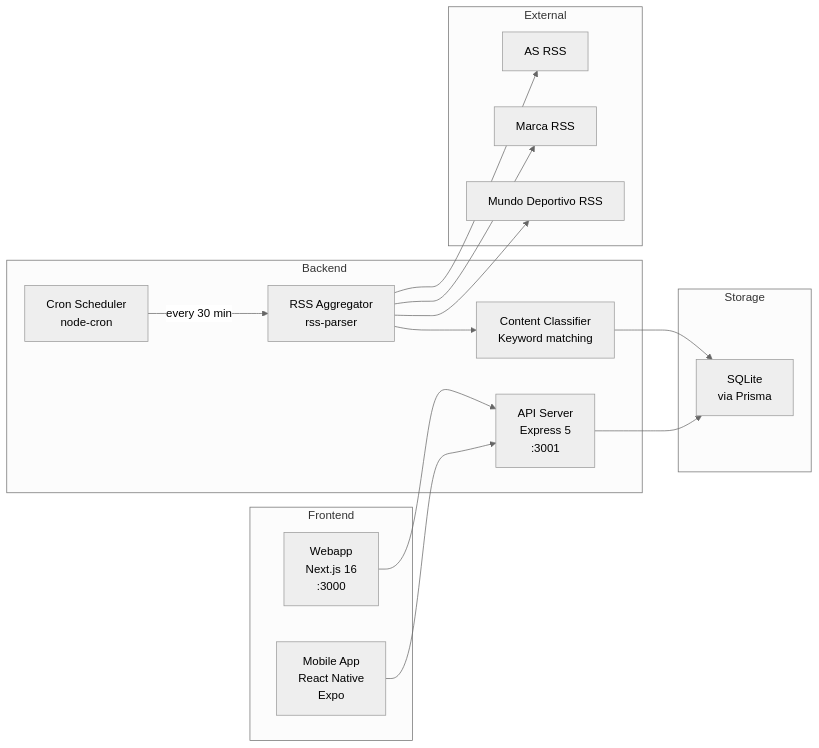
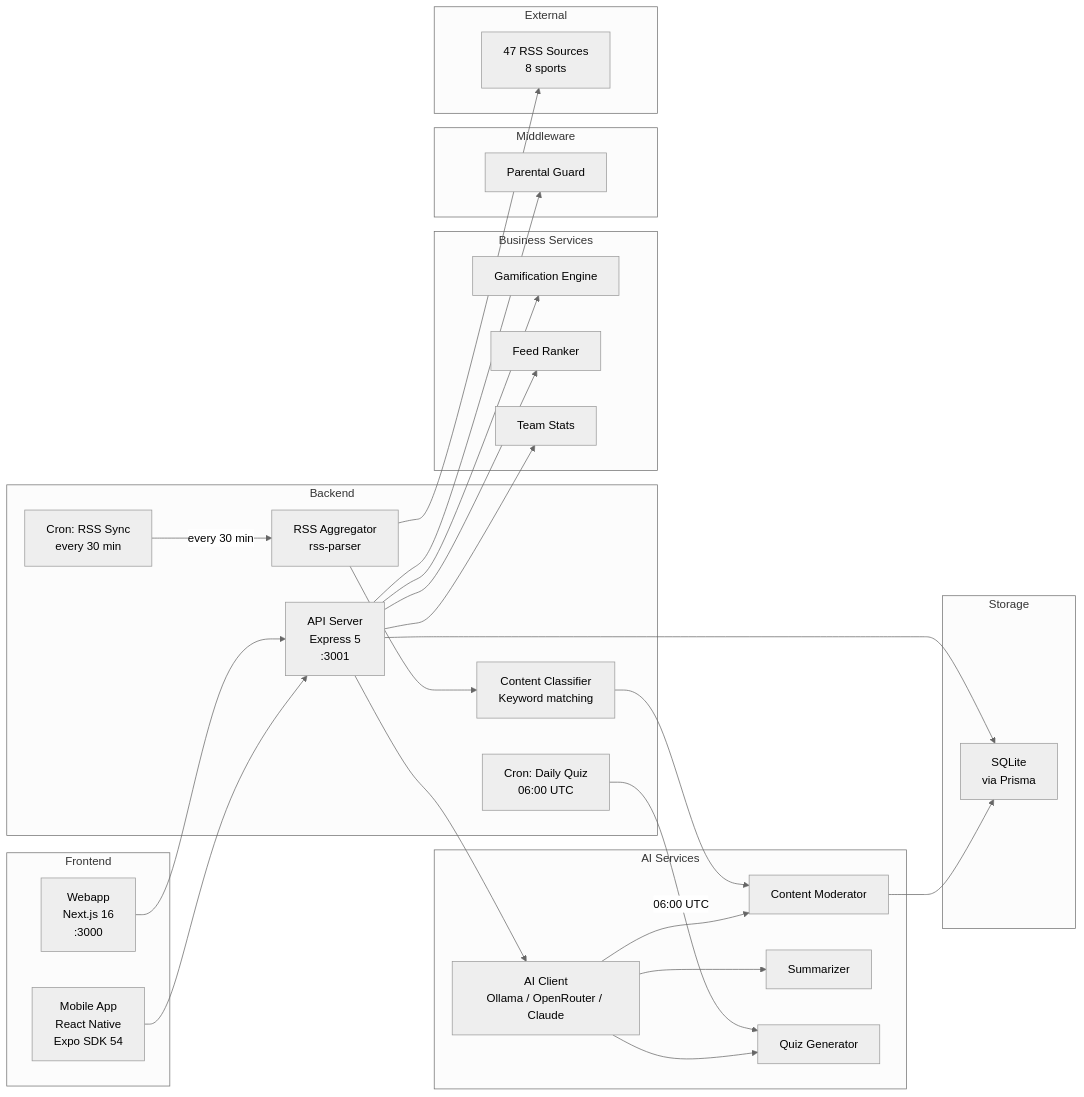
One commit to durdy48/SportyKids changed the first of 2 diagrams in docs/en/06-service-overview.md. Above: the diagram before and after it, drawn with Mermaid (neutral theme). The commit also changed other lines of this file and 22 other files, not shown here.

````diff
--- a/docs/en/06-service-overview.md
+++ b/docs/en/06-service-overview.md
@@ -5,34 +5,58 @@
 ```mermaid
 graph LR
     subgraph "Frontend"
         A["Webapp<br/>Next.js 16<br/>:3000"]
-        B["Mobile App<br/>React Native<br/>Expo"]
+        B["Mobile App<br/>React Native<br/>Expo SDK 54"]
     end
 
     subgraph "Backend"
         C["API Server<br/>Express 5<br/>:3001"]
         D["RSS Aggregator<br/>rss-parser"]
         E["Content Classifier<br/>Keyword matching"]
-        F["Cron Scheduler<br/>node-cron"]
+        F["Cron: RSS Sync<br/>every 30 min"]
+        G["Cron: Daily Quiz<br/>06:00 UTC"]
+    end
+
+    subgraph "AI Services"
+        H["AI Client<br/>Ollama / OpenRouter / Claude"]
+        I["Content Moderator"]
+        J["Summarizer"]
+        K["Quiz Generator"]
+    end
+
+    subgraph "Business Services"
+        L["Gamification Engine"]
+        M["Feed Ranker"]
+        N["Team Stats"]
+    end
+
+    subgraph "Middleware"
+        O["Parental Guard"]
     end
 
     subgraph "Storage"
-        G["SQLite<br/>via Prisma"]
+        P["SQLite<br/>via Prisma"]
     end
 
     subgraph "External"
-        H["AS RSS"]
-        I["Marca RSS"]
-        J["Mundo Deportivo RSS"]
+        Q["47 RSS Sources<br/>8 sports"]
     end
 
     A --> C
     B --> C
-    C --> G
+    C --> P
+    C --> O
     F -->|every 30 min| D
-    D --> H
-    D --> I
-    D --> J
+    G -->|06:00 UTC| K
+    D --> Q
     D --> E
-    E --> G
+    E --> I
+    I --> P
+    C --> H
+    H --> I
+    H --> J
+    H --> K
+    C --> L
+    C --> M
+    C --> N
 ```
````
